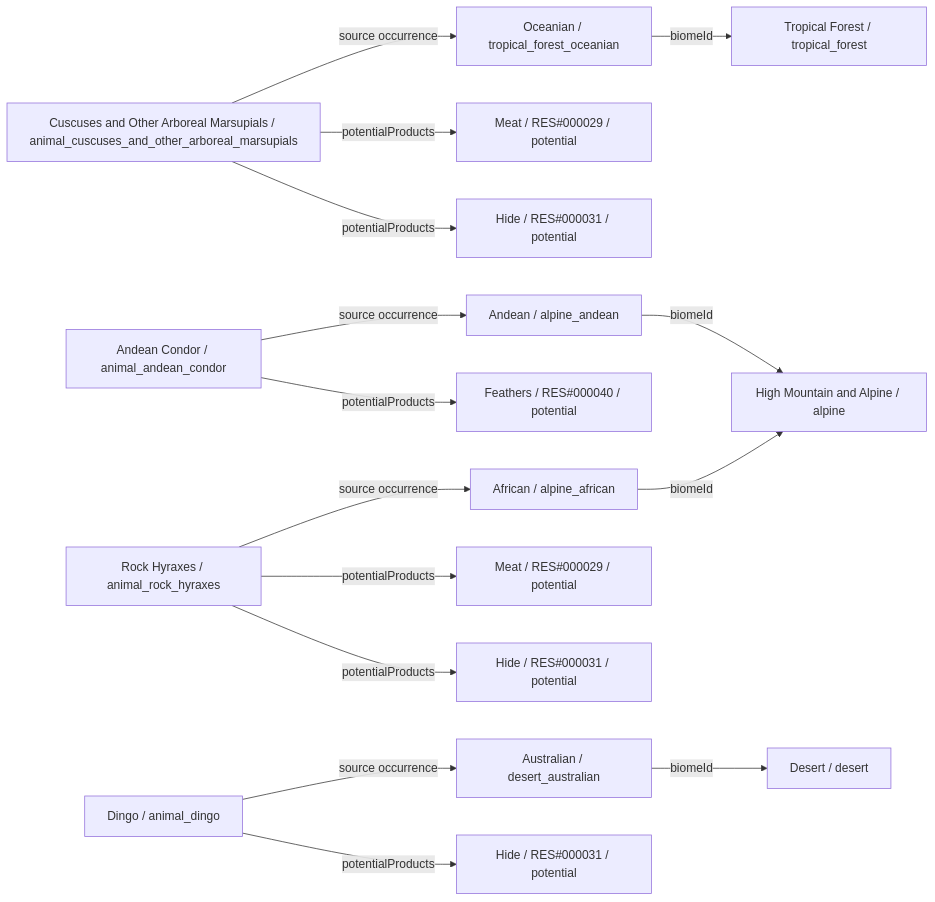
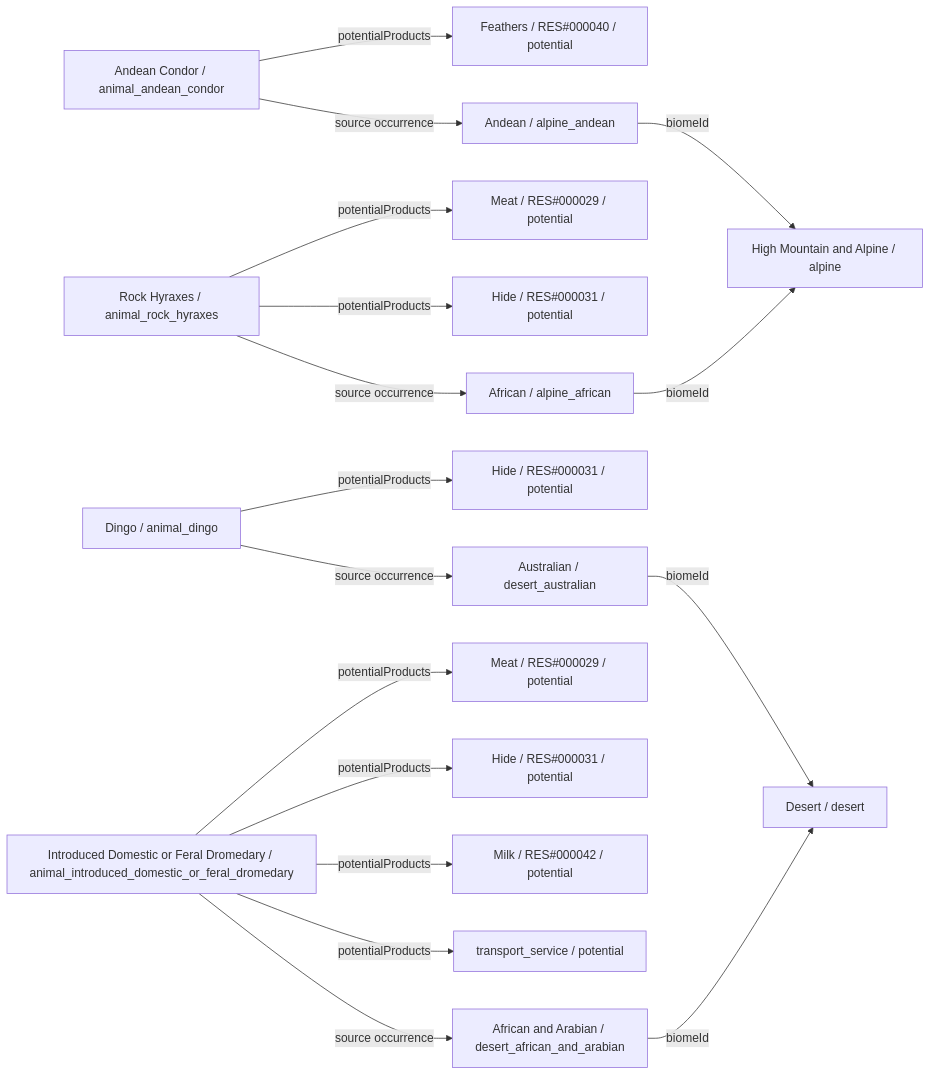
Before and after one commit to fgabo404/EvolveDoc: the eighth of 26 diagrams in data/animals/DIAGRAMS.md, drawn with Mermaid. The commit also changed other lines of this file and 59 other files, not shown here.

````diff
--- a/data/animals/DIAGRAMS.md
+++ b/data/animals/DIAGRAMS.md
@@ -537,34 +455,37 @@
 ```mermaid
 flowchart LR
-    c0["Cuscuses and Other Arboreal Marsupials / animal_cuscuses_and_other_arboreal_marsupials"]
-    v3["Oceanian / tropical_forest_oceanian"]
-    b0["Tropical Forest / tropical_forest"]
-    o0_0["Meat / RES#000029 / potential"]
-    o0_1["Hide / RES#000031 / potential"]
-    c1["Andean Condor / animal_andean_condor"]
+    c0["Andean Condor / animal_andean_condor"]
     v23["Andean / alpine_andean"]
     b6["High Mountain and Alpine / alpine"]
-    o1_0["Feathers / RES#000040 / potential"]
-    c2["Rock Hyraxes / animal_rock_hyraxes"]
+    o0_0["Feathers / RES#000040 / potential"]
+    c1["Rock Hyraxes / animal_rock_hyraxes"]
     v26["African / alpine_african"]
-    o2_0["Meat / RES#000029 / potential"]
-    o2_1["Hide / RES#000031 / potential"]
-    c3["Dingo / animal_dingo"]
+    o1_0["Meat / RES#000029 / potential"]
+    o1_1["Hide / RES#000031 / potential"]
+    c2["Dingo / animal_dingo"]
     v18["Australian / desert_australian"]
     b4["Desert / desert"]
-    o3_0["Hide / RES#000031 / potential"]
+    o2_0["Hide / RES#000031 / potential"]
+    c3["Introduced Domestic or Feral Dromedary / animal_introduced_domestic_or_feral_dromedary"]
+    v16["African and Arabian / desert_african_and_arabian"]
+    o3_0["Meat / RES#000029 / potential"]
+    o3_1["Hide / RES#000031 / potential"]
+    o3_2["Milk / RES#000042 / potential"]
+    o3_3["transport_service / potential"]
     c0 -->|potentialProducts| o0_0
-    c0 -->|potentialProducts| o0_1
-    c0 -->|source occurrence| v3
+    c0 -->|source occurrence| v23
     c1 -->|potentialProducts| o1_0
-    c1 -->|source occurrence| v23
+    c1 -->|potentialProducts| o1_1
+    c1 -->|source occurrence| v26
     c2 -->|potentialProducts| o2_0
-    c2 -->|potentialProducts| o2_1
-    c2 -->|source occurrence| v26
+    c2 -->|source occurrence| v18
     c3 -->|potentialProducts| o3_0
-    c3 -->|source occurrence| v18
+    c3 -->|potentialProducts| o3_1
+    c3 -->|potentialProducts| o3_2
+    c3 -->|potentialProducts| o3_3
+    c3 -->|source occurrence| v16
+    v16 -->|biomeId| b4
     v18 -->|biomeId| b4
     v23 -->|biomeId| b6
     v26 -->|biomeId| b6
-    v3 -->|biomeId| b0
 ```
````
